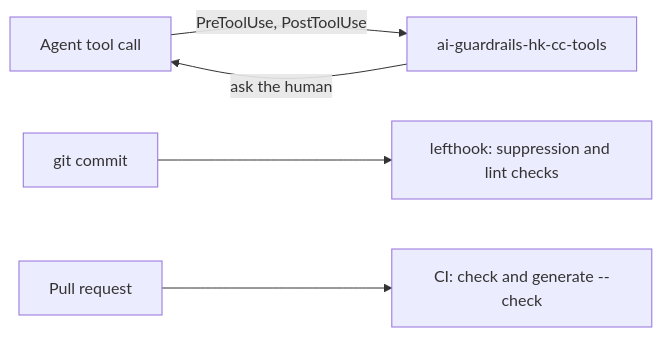
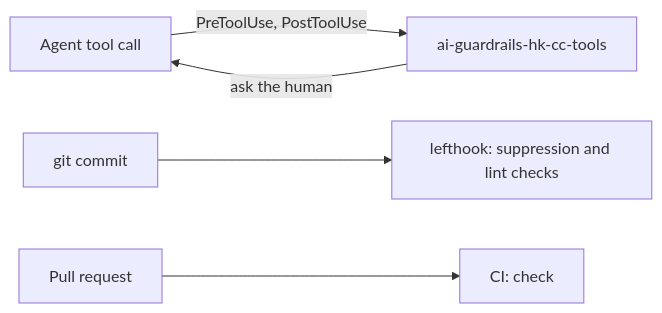
The diagram in README.md (Questi0nM4rk/ai-guardrails), drawn with Mermaid before and after one commit. The commit also changed other lines of this file, not shown here.

First line of the commit message:
docs: fix README claims found by adversarial check

````diff
--- a/README.md
+++ b/README.md
@@ -47,7 +53,7 @@
 ```mermaid
 flowchart LR
   A[Agent tool call] -->|PreToolUse, PostToolUse| H[ai-guardrails-hk-cc-tools]
   H -->|ask the human| A
   C[git commit] --> L[lefthook: suppression and lint checks]
-  P[Pull request] --> G[CI: check and generate --check]
+  P[Pull request] --> G[CI: check]
 ```
````
